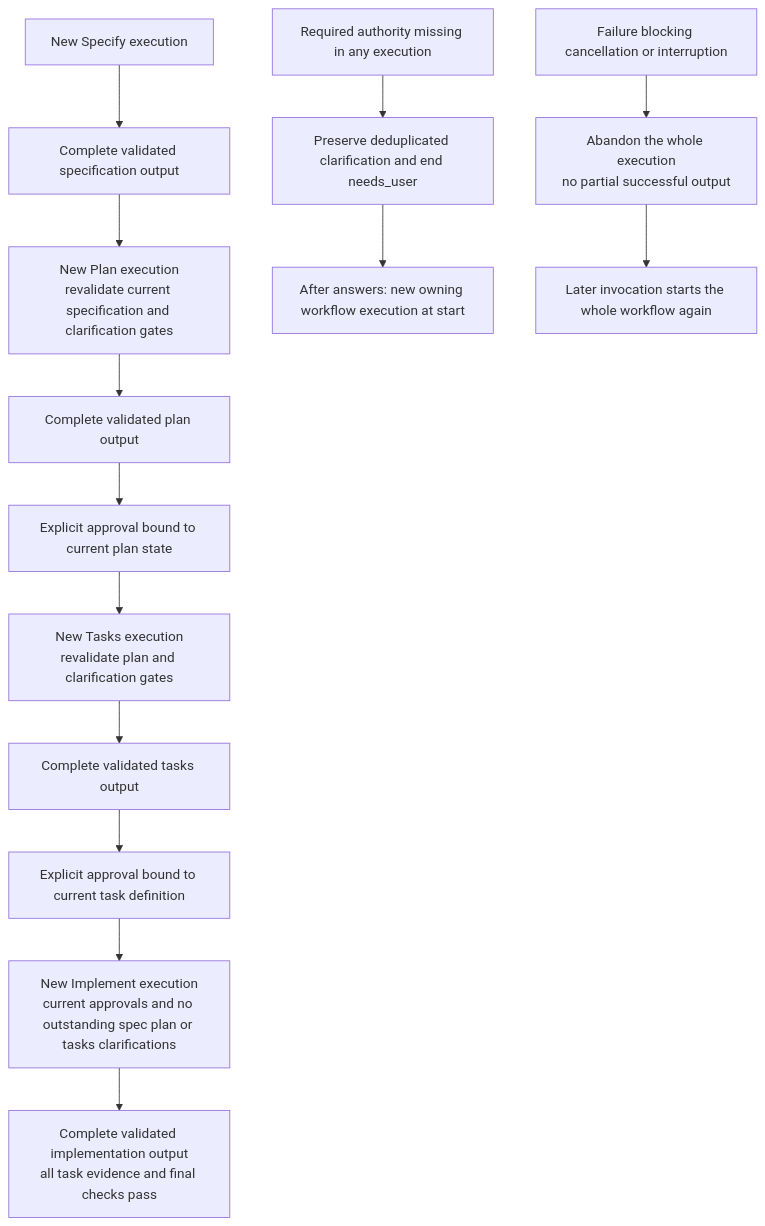
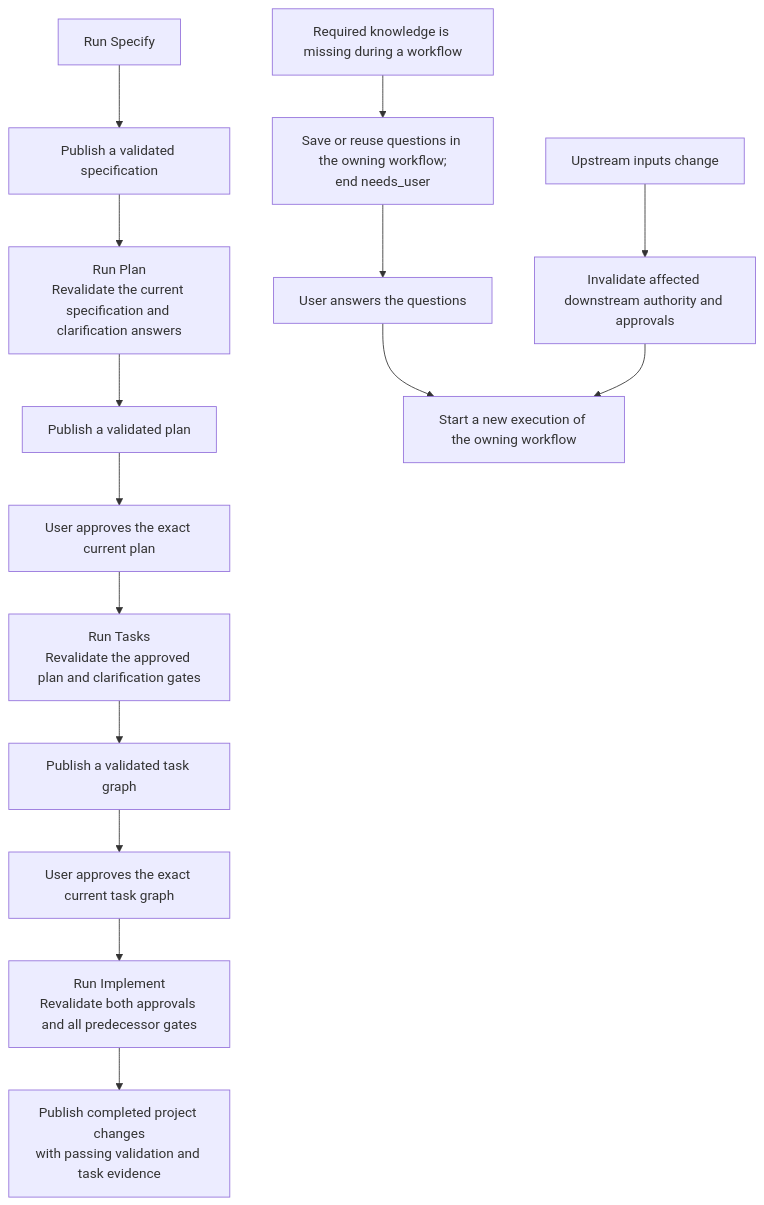
One commit to littledespot/sdde changed the diagram in design/diagrams/02-workflow-state.md. Above: the diagram before and after it, drawn with Mermaid. The commit also changed other lines of this file and 79 other files, not shown here.

````diff
--- a/design/diagrams/02-workflow-state.md
+++ b/design/diagrams/02-workflow-state.md
@@ -6,16 +3,19 @@
 ```mermaid
 flowchart TD
-    SPEC[New Specify execution] --> SOUT[Complete validated specification output]
-    SOUT --> PLAN[New Plan execution<br/>revalidate current specification and clarification gates]
-    PLAN --> POUT[Complete validated plan output]
-    POUT --> PA[Explicit approval bound to current plan state]
-    PA --> TASKS[New Tasks execution<br/>revalidate plan and clarification gates]
-    TASKS --> TOUT[Complete validated tasks output]
-    TOUT --> TA[Explicit approval bound to current task definition]
-    TA --> IMPL[New Implement execution<br/>current approvals and no outstanding spec plan or tasks clarifications]
-    IMPL --> IOUT[Complete validated implementation output<br/>all task evidence and final checks pass]
-    GAP[Required authority missing in any execution] --> CLARIFY[Preserve deduplicated clarification and end needs_user]
-    CLARIFY --> NEW[After answers: new owning workflow execution at start]
-    FAILURE[Failure blocking cancellation or interruption] --> END[Abandon the whole execution<br/>no partial successful output]
-    END --> RERUN[Later invocation starts the whole workflow again]
+    SPEC["Run Specify"] --> SPECOUT["Publish a validated specification"]
+    SPECOUT --> PLAN["Run Plan<br/>Revalidate the current specification and clarification answers"]
+    PLAN --> PLANOUT["Publish a validated plan"]
+    PLANOUT --> PLANAPPROVAL["User approves the exact current plan"]
+    PLANAPPROVAL --> TASKS["Run Tasks<br/>Revalidate the approved plan and clarification gates"]
+    TASKS --> TASKOUT["Publish a validated task graph"]
+    TASKOUT --> TASKAPPROVAL["User approves the exact current task graph"]
+    TASKAPPROVAL --> IMPLEMENT["Run Implement<br/>Revalidate both approvals and all predecessor gates"]
+    IMPLEMENT --> COMPLETE["Publish completed project changes<br/>with passing validation and task evidence"]
+
+    GAP["Required knowledge is missing during a workflow"] --> CLARIFY["Save or reuse questions in the owning workflow;<br/>end needs_user"]
+    CLARIFY --> ANSWERS["User answers the questions"]
+    ANSWERS --> RERUN["Start a new execution of the owning workflow"]
+
+    CHANGE["Upstream inputs change"] --> INVALIDATE["Invalidate affected downstream authority and approvals"]
+    INVALIDATE --> RERUN
 ```
````
